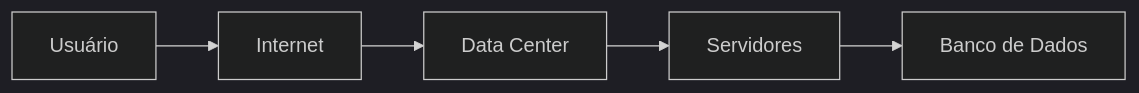
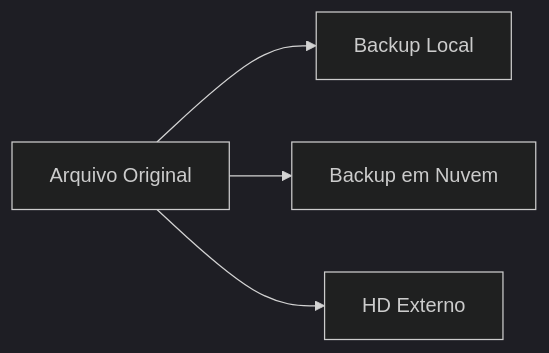
The first of 2 diagrams in 01-Fundamentos-da-Informatica/Aulas/Aula-01-O-que-e-Informatica/08-Boas-Praticas.md (theooiiii/Tecnico-em-Informatica-Completo), drawn with Mermaid (dark theme) before and after one commit. The commit also changed other lines of this file, not shown here.

````diff
--- a/01-Fundamentos-da-Informatica/Aulas/Aula-01-O-que-e-Informatica/08-Boas-Praticas.md
+++ b/01-Fundamentos-da-Informatica/Aulas/Aula-01-O-que-e-Informatica/08-Boas-Praticas.md
@@ -261,8 +173,11 @@
 ```mermaid
 flowchart LR
-    A[Usuário]
-    --> B[Internet]
-    --> C[Data Center]
-    --> D[Servidores]
-    --> E[Banco de Dados]
+    A[Arquivo Original]
+    --> B[Backup Local]
+
+    A
+    --> C[Backup em Nuvem]
+
+    A
+    --> D[HD Externo]
 ```
````
